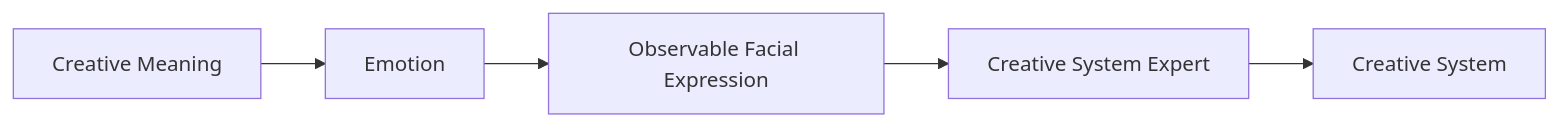
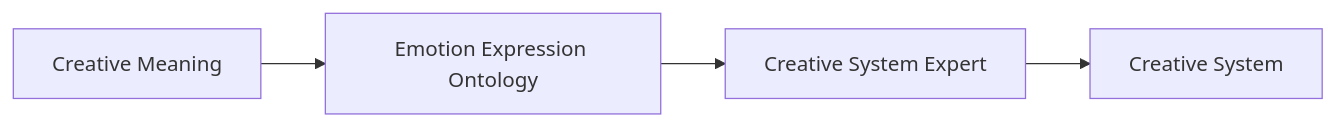
One commit to zuanfilm/Krea2-Prompt-Director changed the first of 3 diagrams in docs/adr/emotion.md. Above: the diagram before and after it, drawn with Mermaid. The commit also changed other lines of this file, not shown here.

First line of the commit message:
docs(ontology): refine Emotion Expression Ontology specification

````diff
--- a/docs/adr/emotion.md
+++ b/docs/adr/emotion.md
@@ -120,15 +39,13 @@
 ```mermaid
 flowchart LR
 
     Meaning["Creative Meaning"]
 
-    Emotion["Emotion"]
-
-    Face["Observable Facial Expression"]
+    Emotion["Emotion Expression Ontology"]
 
     Expert["Creative System Expert"]
 
     Renderer["Creative System"]
 
-    Meaning --> Emotion --> Face --> Expert --> Renderer
+    Meaning --> Emotion --> Expert --> Renderer
 ```
````
